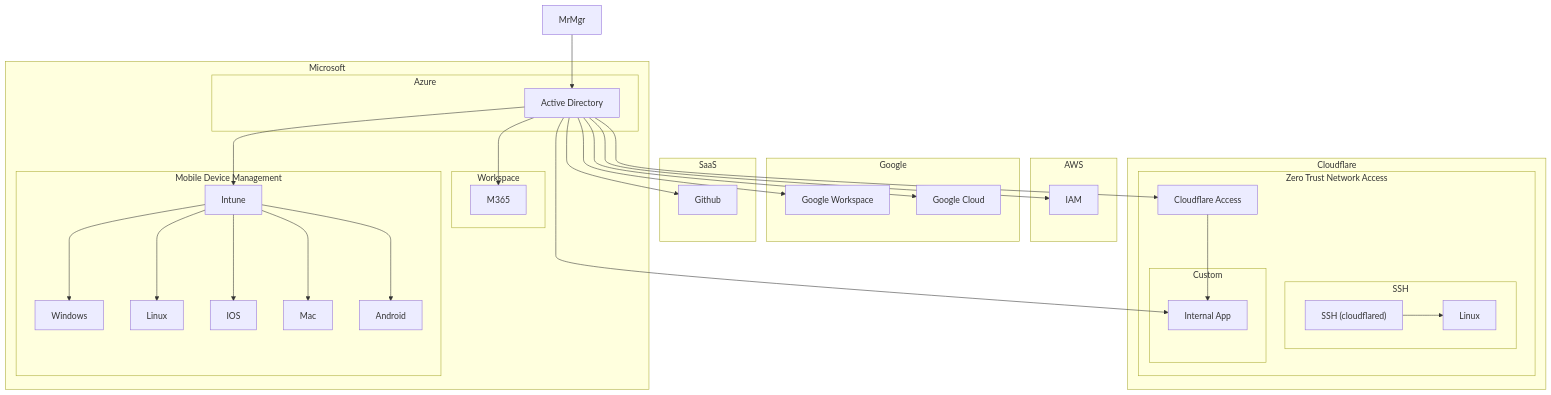
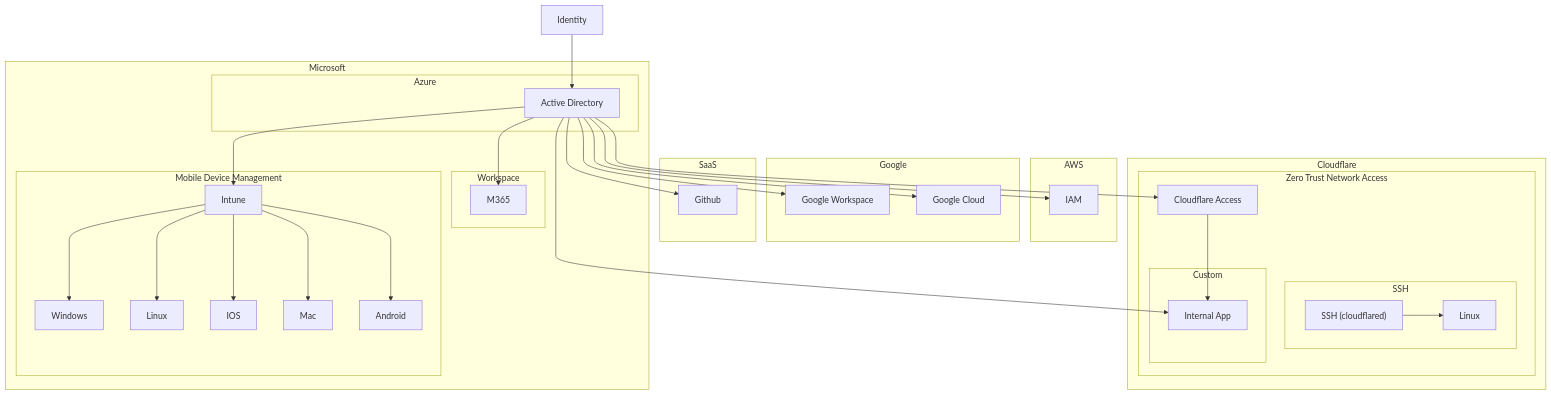
Before and after one commit to opszero/template-infra: the fourth of 4 diagrams in README.md, drawn with Mermaid. The commit also changed other lines of this file and 1 other file, not shown here.

````diff
--- a/README.md
+++ b/README.md
@@ -122,61 +122,61 @@
 ```mermaid
 flowchart TB
-    mrmgr["MrMgr"]
+    identity["Identity"]
 
     subgraph microsoft["Microsoft"]
         subgraph azure["Azure"]
             ad["Active Directory"]
         end
 
         subgraph workspace["Workspace"]
             m365["M365"]
         end
 
         subgraph mdm["Mobile Device Management"]
             intune["Intune"]
             windows["Windows"]
             linux["Linux"]
             ios["IOS"]
             mac["Mac"]
             android["Android"]
         end
     end
 
     subgraph awsid["AWS"]
         iam["IAM"]
     end
 
     subgraph google["Google"]
         gworkspace["Google Workspace"]
         gcloud["Google Cloud"]
     end
 
     subgraph saas["SaaS"]
         github["Github"]
     end
 
     subgraph cloudflare["Cloudflare"]
         subgraph ztna["Zero Trust Network Access"]
             access["Cloudflare Access"]
 
             subgraph ssh["SSH"]
                 cloudflared["SSH (cloudflared)"] --> sshlinux["Linux"]
             end
 
             subgraph custom["Custom"]
                 internal["Internal App"]
             end
         end
     end
 
-    mrmgr --> ad
+    identity --> ad
     ad --> m365
     ad --> intune
     intune --> windows & linux & ios & mac & android
     ad --> iam
     ad --> gworkspace & gcloud
     ad --> github
     ad --> access
     ad --> internal
     access --> internal
 ```
````
